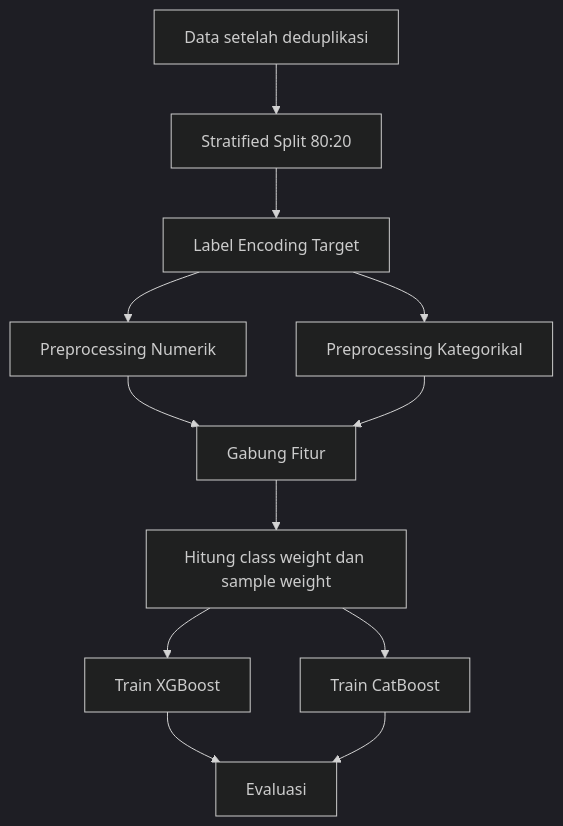
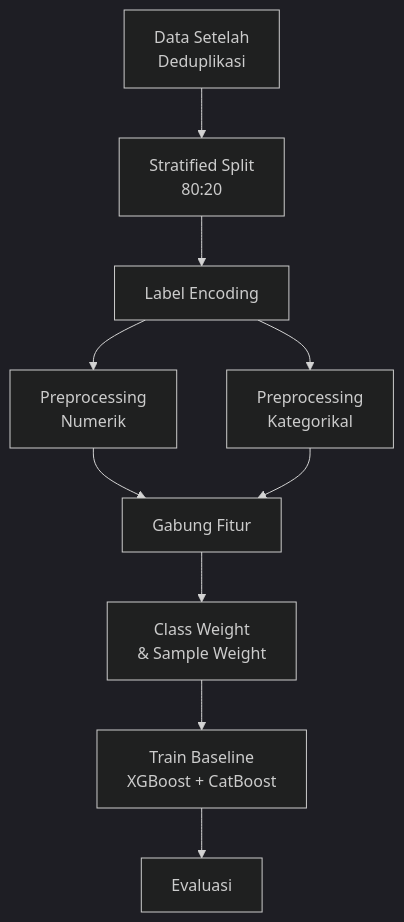
Before and after one commit to Nantarachma/Kode_Skripsi_Notebook: the third of 3 diagrams in Artikel_Jurnal_Sinta4_Analisis_Komparatif_XGBoost_CatBoost.md, drawn with Mermaid (dark theme). The commit also changed other lines of this file, not shown here.

First line of the commit message:
docs: ringkas diagram mermaid gambar 1 dan 3 agar lebih kompak

````diff
--- a/Artikel_Jurnal_Sinta4_Analisis_Komparatif_XGBoost_CatBoost.md
+++ b/Artikel_Jurnal_Sinta4_Analisis_Komparatif_XGBoost_CatBoost.md
@@ -206,14 +206,12 @@
 ```mermaid
 flowchart TD
-    A[Data setelah deduplikasi] --> B[Stratified Split 80:20]
-    B --> C[Label Encoding Target]
-    C --> D[Preprocessing Numerik]
-    C --> E[Preprocessing Kategorikal]
+    A[Data Setelah<br/>Deduplikasi] --> B[Stratified Split<br/>80:20]
+    B --> C[Label Encoding]
+    C --> D[Preprocessing<br/>Numerik]
+    C --> E[Preprocessing<br/>Kategorikal]
     D --> F[Gabung Fitur]
     E --> F
-    F --> G[Hitung class weight dan sample weight]
-    G --> H[Train XGBoost]
-    G --> I[Train CatBoost]
+    F --> G[Class Weight<br/>& Sample Weight]
+    G --> H[Train Baseline<br/>XGBoost + CatBoost]
     H --> J[Evaluasi]
-    I --> J
 ```
````
